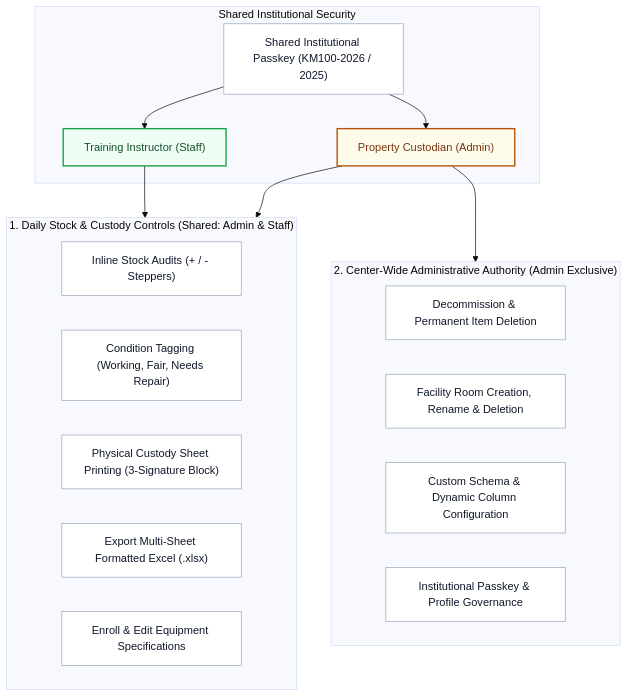
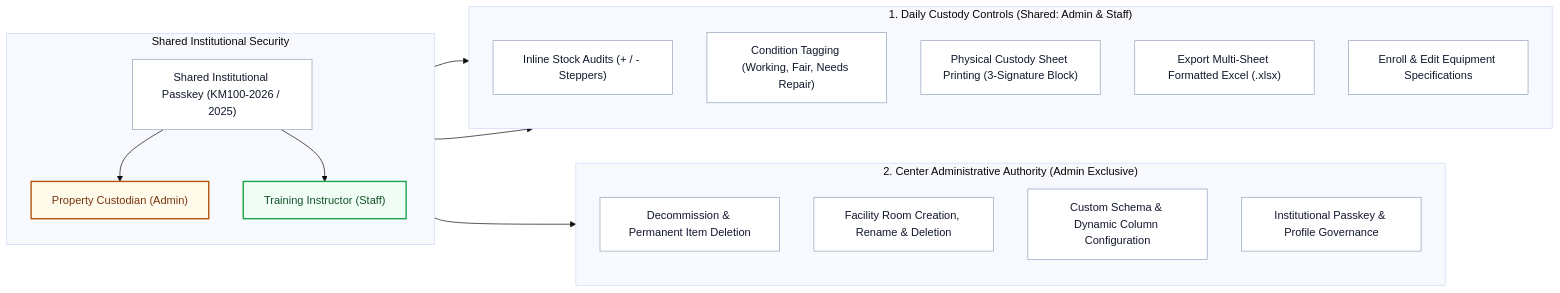
Before and after one commit to kai-zze/KM100-Stock: the fifth of 5 diagrams in docs/APP_FLOWCHART.md, drawn with Mermaid (base theme). The commit also changed other lines of this file and 7 other files, not shown here.

Commit message:
docs: rearrange all flowcharts for landscape bond paper (11x8.5)

````diff
--- a/docs/APP_FLOWCHART.md
+++ b/docs/APP_FLOWCHART.md
@@ -270,34 +289,37 @@
 ```mermaid
-flowchart TD
+flowchart LR
     subgraph PasskeyGovernance["Shared Institutional Security"]
+        direction TB
         SharedKey["Shared Institutional Passkey (KM100-2026 / 2025)"]
         SharedKey --> RoleAdmin["Property Custodian (Admin)"]
         SharedKey --> RoleStaff["Training Instructor (Staff)"]
     end
 
-    subgraph Tier1["1. Daily Stock & Custody Controls (Shared: Admin & Staff)"]
+    subgraph Tier1["1. Daily Custody Controls (Shared: Admin & Staff)"]
+        direction TB
         P1["Inline Stock Audits (+ / - Steppers)"]
         P2["Condition Tagging (Working, Fair, Needs Repair)"]
         P3["Physical Custody Sheet Printing (3-Signature Block)"]
         P4["Export Multi-Sheet Formatted Excel (.xlsx)"]
         P5["Enroll & Edit Equipment Specifications"]
     end
 
-    subgraph Tier2["2. Center-Wide Administrative Authority (Admin Exclusive)"]
+    subgraph Tier2["2. Center Administrative Authority (Admin Exclusive)"]
+        direction TB
         P6["Decommission & Permanent Item Deletion"]
         P7["Facility Room Creation, Rename & Deletion"]
         P8["Custom Schema & Dynamic Column Configuration"]
         P9["Institutional Passkey & Profile Governance"]
     end
 
     RoleStaff --> Tier1
     RoleAdmin --> Tier1
     RoleAdmin --> Tier2
 
     classDef default fill:#ffffff,stroke:#94a3b8,stroke-width:1px,color:#0f172a;
     classDef admin fill:#fffbeb,stroke:#b45309,stroke-width:2px,color:#78350f;
     classDef staff fill:#f0fdf4,stroke:#16a34a,stroke-width:2px,color:#14532d;
 
     class RoleAdmin admin;
     class RoleStaff staff;
 ```
````
